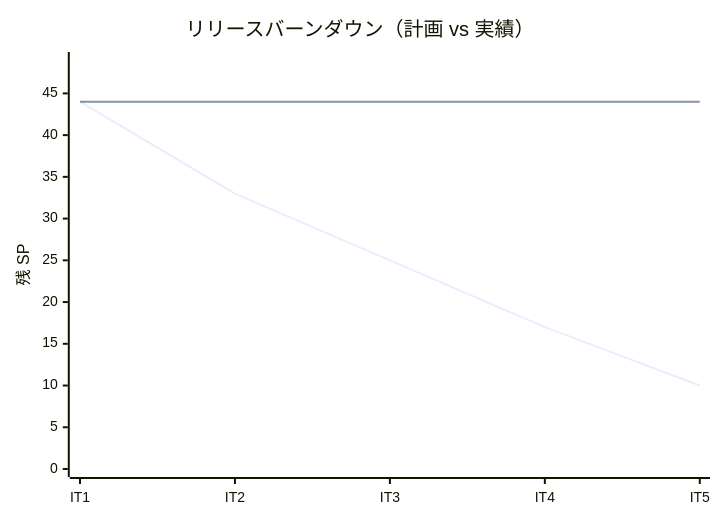
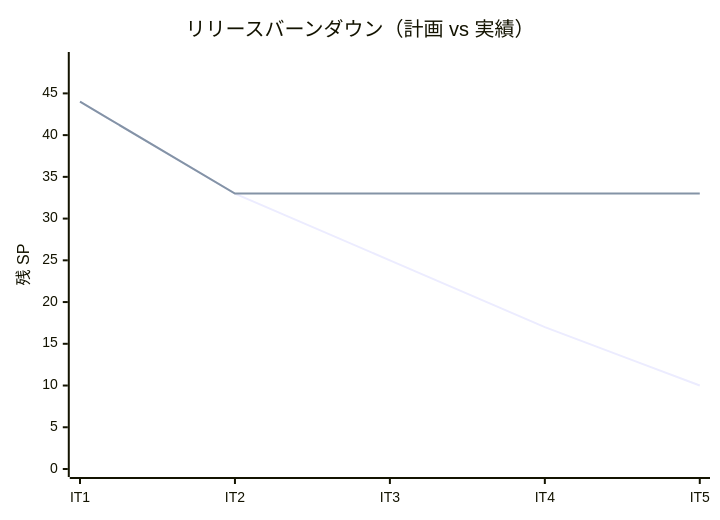
One commit to k2works/case-study-sdd-development changed the third of 3 diagrams in docs/development/release_plan.md. Above: the diagram before and after it, drawn with Mermaid. The commit also changed other lines of this file and 6 other files, not shown here.

````diff
--- a/docs/development/release_plan.md
+++ b/docs/development/release_plan.md
@@ -305,8 +326,8 @@
 ```mermaid
 xychart-beta
     title "リリースバーンダウン（計画 vs 実績）"
     x-axis [IT1, IT2, IT3, IT4, IT5]
     y-axis "残 SP" 0 --> 49
     line "計画" [44, 33, 25, 17, 10]
-    line "実績" [44, 44, 44, 44, 44]
+    line "実績" [44, 33, 33, 33, 33]
 ```
````
